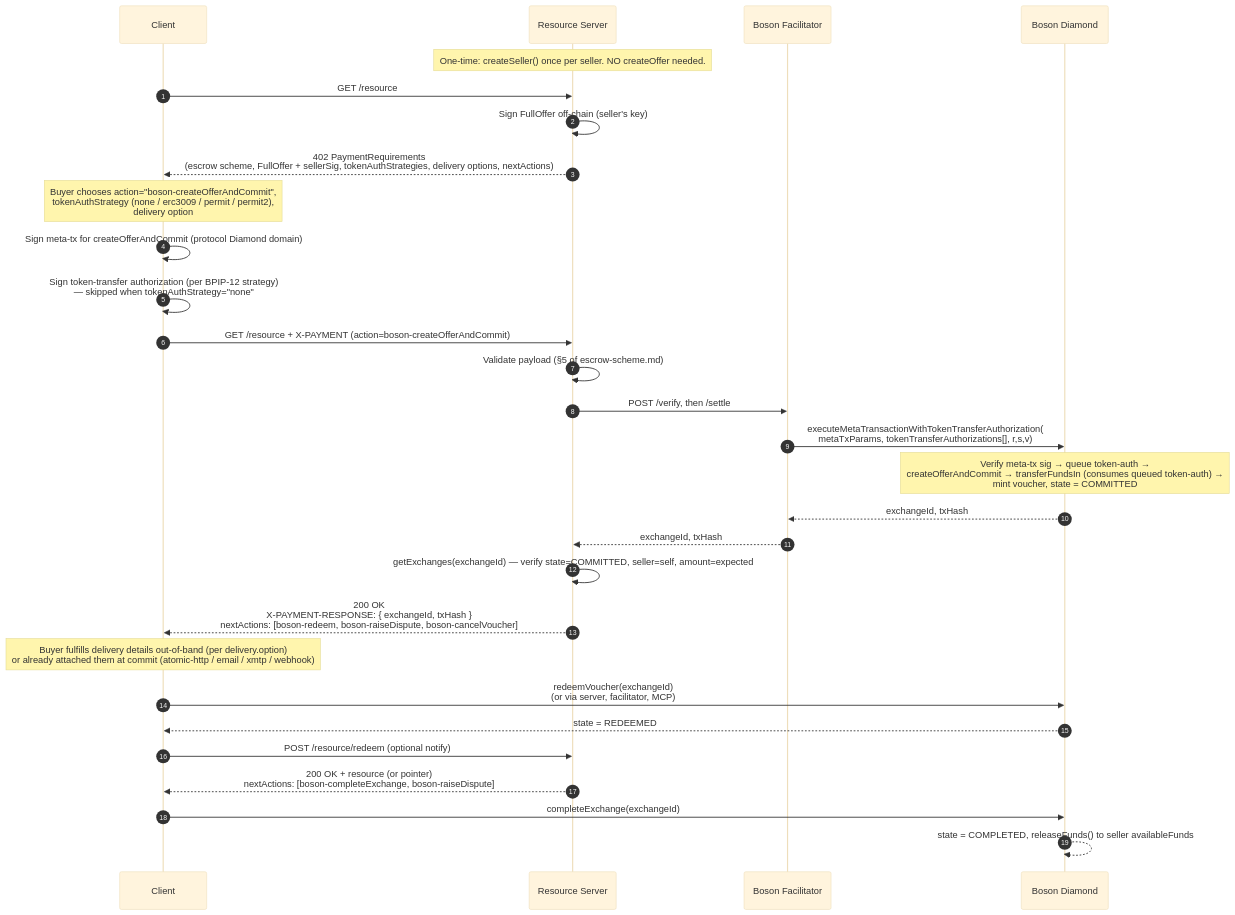
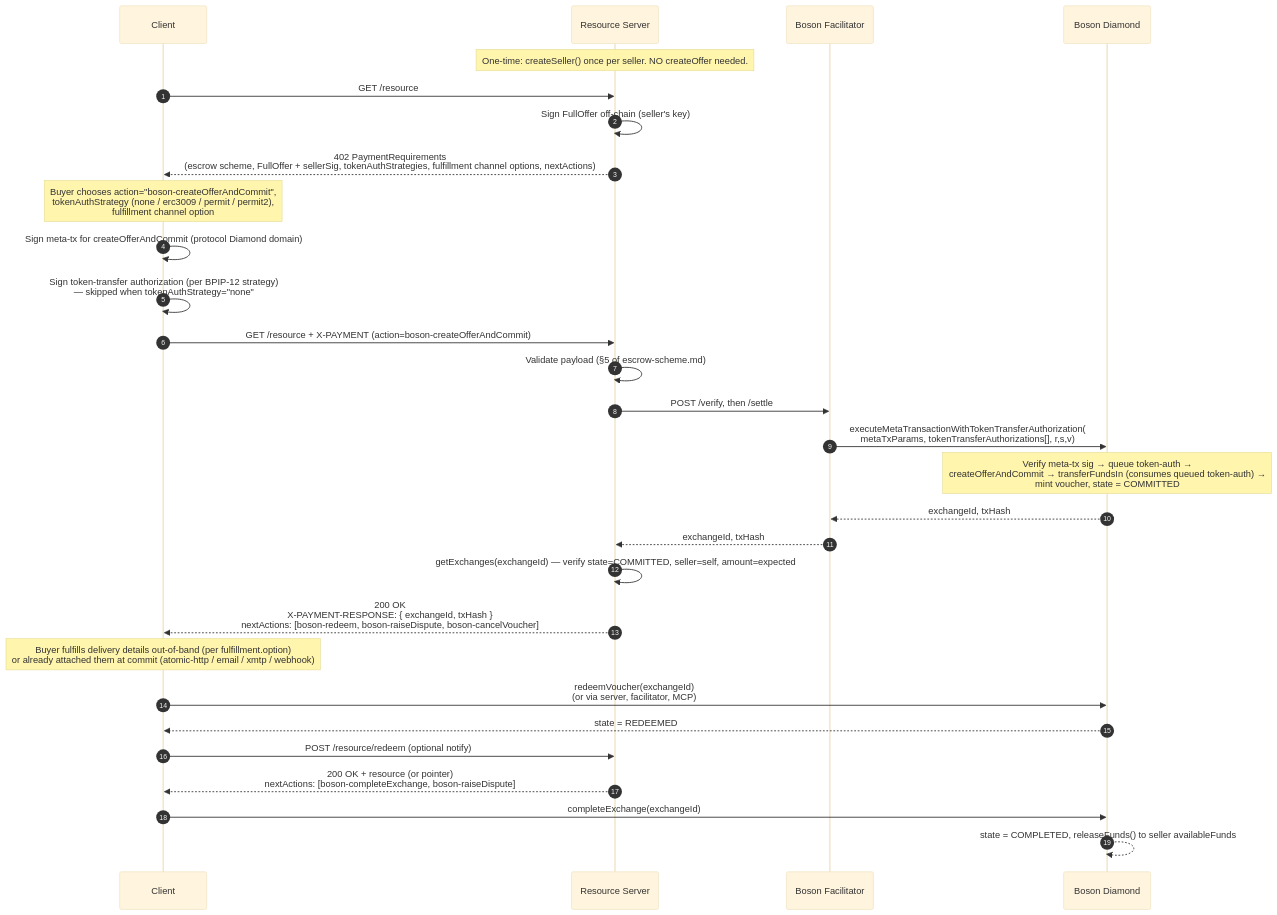
The first of 4 diagrams in boson-impl-02-flows.md (bosonprotocol/x402B), drawn with Mermaid (base theme) before and after one commit. The commit also changed other lines of this file and 8 other files, not shown here.

Commit message:
Update terminology from 'delivery' to 'fulfillment' across documentation for consistency

````diff
--- a/boson-impl-02-flows.md
+++ b/boson-impl-02-flows.md
@@ -9,42 +9,42 @@
 ```mermaid
 sequenceDiagram
     autonumber
     participant C as Client
     participant S as Resource Server
     participant F as Boson Facilitator
     participant D as Boson Diamond
 
     Note over S: One-time: createSeller() once per seller. NO createOffer needed.
 
     C->>S: GET /resource
     S->>S: Sign FullOffer off-chain (seller's key)
-    S-->>C: 402 PaymentRequirements<br/>(escrow scheme, FullOffer + sellerSig, tokenAuthStrategies, delivery options, nextActions)
+    S-->>C: 402 PaymentRequirements<br/>(escrow scheme, FullOffer + sellerSig, tokenAuthStrategies, fulfillment channel options, nextActions)
 
-    Note over C: Buyer chooses action="boson-createOfferAndCommit",<br/>tokenAuthStrategy (none / erc3009 / permit / permit2),<br/>delivery option
+    Note over C: Buyer chooses action="boson-createOfferAndCommit",<br/>tokenAuthStrategy (none / erc3009 / permit / permit2),<br/>fulfillment channel option
 
     C->>C: Sign meta-tx for createOfferAndCommit (protocol Diamond domain)
     C->>C: Sign token-transfer authorization (per BPIP-12 strategy)<br/>— skipped when tokenAuthStrategy="none"
 
     C->>S: GET /resource + X-PAYMENT (action=boson-createOfferAndCommit)
     S->>S: Validate payload (§5 of escrow-scheme.md)
     S->>F: POST /verify, then /settle
 
     F->>D: executeMetaTransactionWithTokenTransferAuthorization(<br/>metaTxParams, tokenTransferAuthorizations[], r,s,v)
     Note over D: Verify meta-tx sig → queue token-auth →<br/>createOfferAndCommit → transferFundsIn (consumes queued token-auth) →<br/>mint voucher, state = COMMITTED
     D-->>F: exchangeId, txHash
     F-->>S: exchangeId, txHash
 
     S->>S: getExchanges(exchangeId) — verify state=COMMITTED, seller=self, amount=expected
     S-->>C: 200 OK<br/>X-PAYMENT-RESPONSE: { exchangeId, txHash }<br/>nextActions: [boson-redeem, boson-raiseDispute, boson-cancelVoucher]
 
-    Note over C: Buyer fulfills delivery details out-of-band (per delivery.option)<br/>or already attached them at commit (atomic-http / email / xmtp / webhook)
+    Note over C: Buyer fulfills delivery details out-of-band (per fulfillment.option)<br/>or already attached them at commit (atomic-http / email / xmtp / webhook)
 
     C->>D: redeemVoucher(exchangeId)<br/>(or via server, facilitator, MCP)
     D-->>C: state = REDEEMED
 
     C->>S: POST /resource/redeem (optional notify)
     S-->>C: 200 OK + resource (or pointer)<br/>nextActions: [boson-completeExchange, boson-raiseDispute]
 
     C->>D: completeExchange(exchangeId)
     D-->>D: state = COMPLETED, releaseFunds() to seller availableFunds
 ```
````
